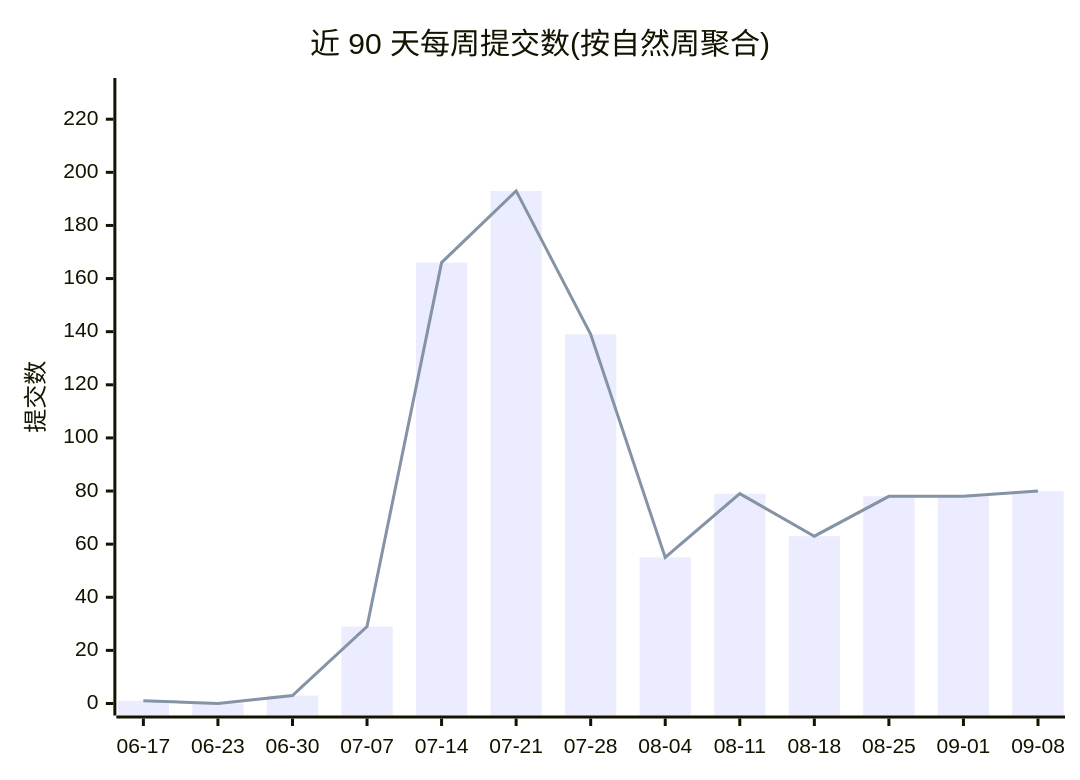
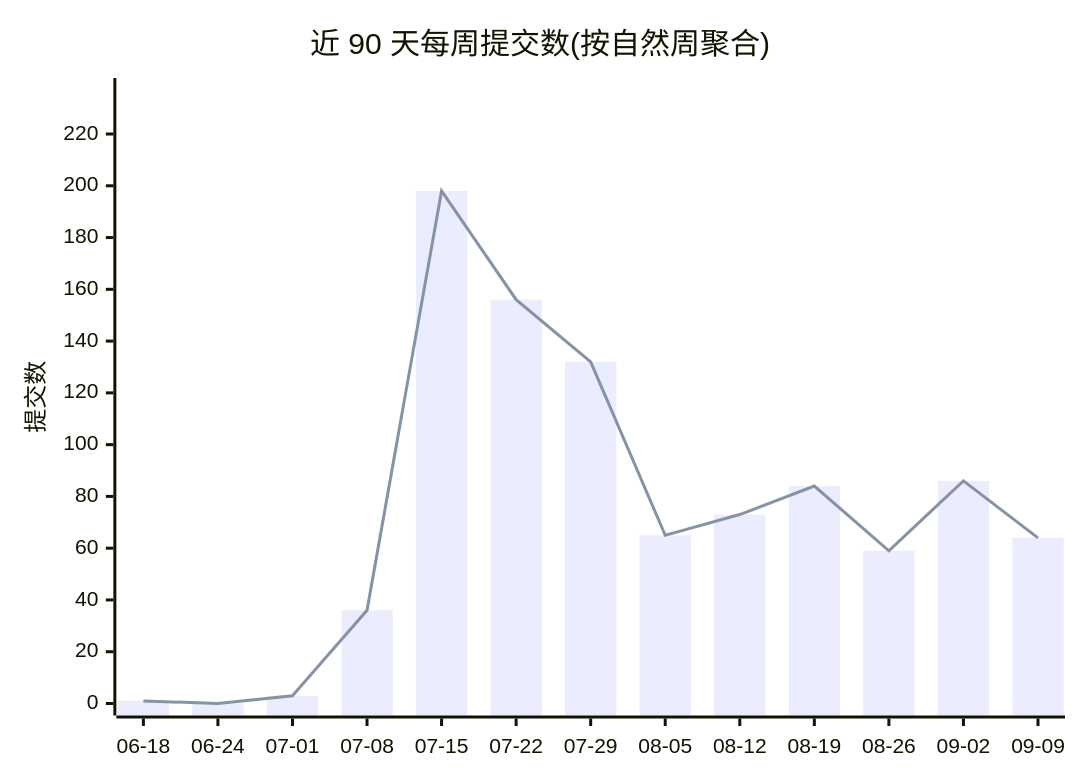
One commit to Conflux-Union/.github changed the first of 2 diagrams in profile/README.md. Above: the diagram before and after it, drawn with Mermaid. The commit also changed other lines of this file and 1 other file, not shown here.

````diff
--- a/profile/README.md
+++ b/profile/README.md
@@ -44,8 +44,8 @@
 ```mermaid
 xychart-beta
     title "近 90 天每周提交数(按自然周聚合)"
-    x-axis ["06-17", "06-23", "06-30", "07-07", "07-14", "07-21", "07-28", "08-04", "08-11", "08-18", "08-25", "09-01", "09-08"]
-    y-axis "提交数" 0 --> 231
-    bar [1, 0, 3, 29, 166, 193, 139, 55, 79, 63, 78, 78, 80]
-    line [1, 0, 3, 29, 166, 193, 139, 55, 79, 63, 78, 78, 80]
+    x-axis ["06-18", "06-24", "07-01", "07-08", "07-15", "07-22", "07-29", "08-05", "08-12", "08-19", "08-26", "09-02", "09-09"]
+    y-axis "提交数" 0 --> 237
+    bar [1, 0, 3, 36, 198, 156, 132, 65, 73, 84, 59, 86, 64]
+    line [1, 0, 3, 36, 198, 156, 132, 65, 73, 84, 59, 86, 64]
 ```
````
